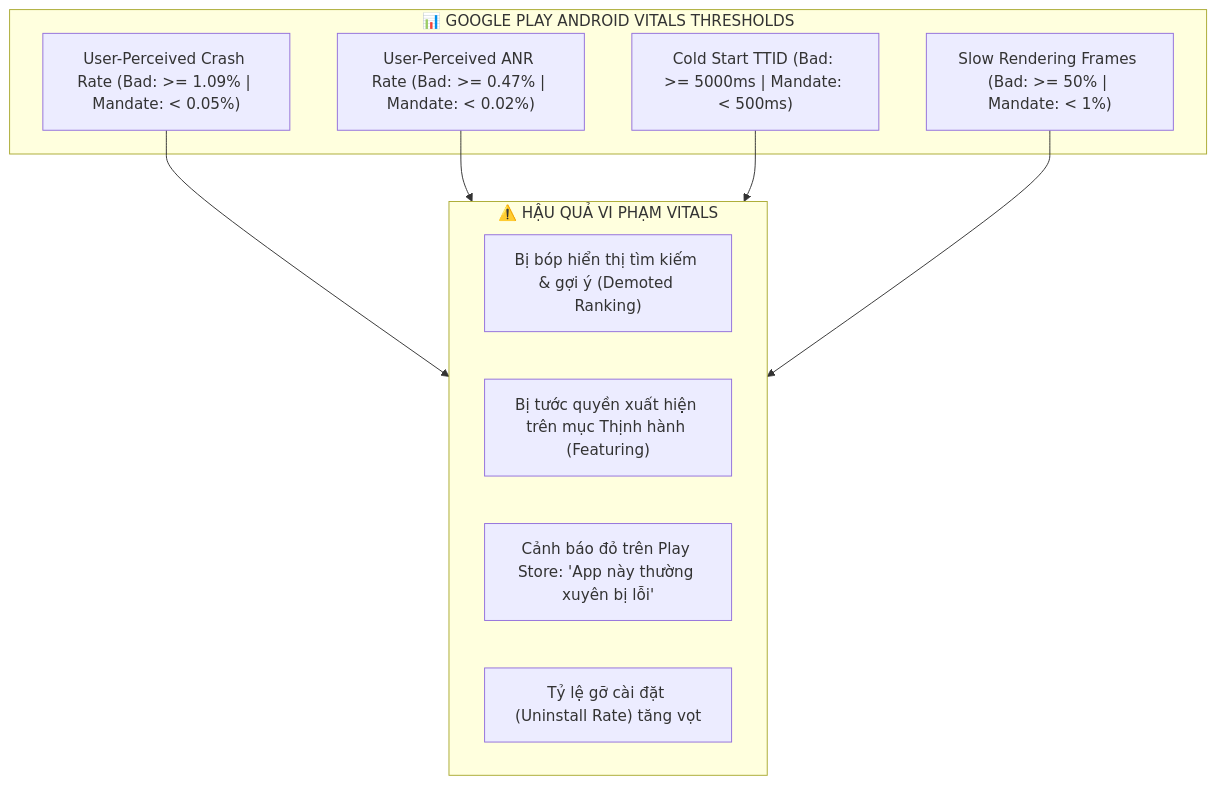
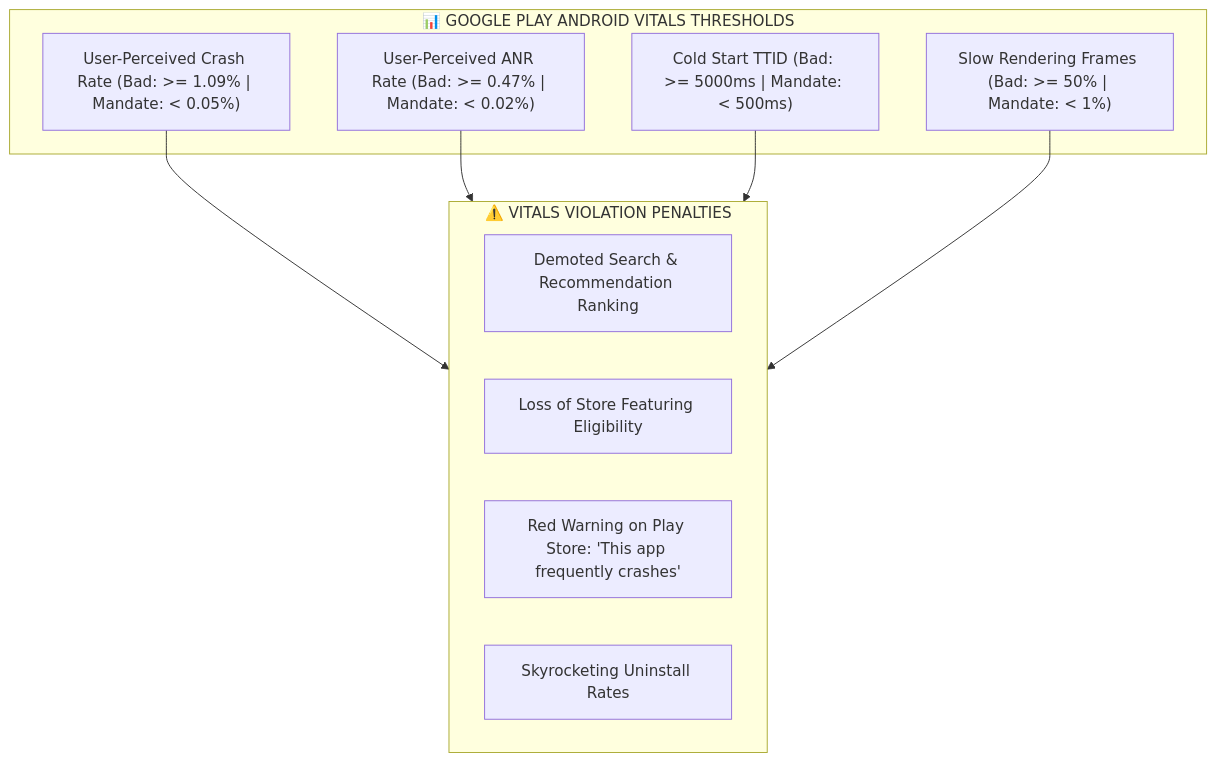
Before and after one commit to vinhvox/Anti-Vibe-Coding-Android-Engine: the first of 2 diagrams in skills/app-quality-vitals.md, drawn with Mermaid. The commit also changed other lines of this file and 29 other files, not shown here.

````diff
--- a/skills/app-quality-vitals.md
+++ b/skills/app-quality-vitals.md
@@ -11,21 +11,21 @@
 ```mermaid
 graph TD
     subgraph VITALS_THRESHOLDS["📊 GOOGLE PLAY ANDROID VITALS THRESHOLDS"]
         C["User-Perceived Crash Rate (Bad: >= 1.09% | Mandate: < 0.05%)"]
         A["User-Perceived ANR Rate (Bad: >= 0.47% | Mandate: < 0.02%)"]
         S["Cold Start TTID (Bad: >= 5000ms | Mandate: < 500ms)"]
         J["Slow Rendering Frames (Bad: >= 50% | Mandate: < 1%)"]
     end
 
-    subgraph PENALTIES["⚠️ HẬU QUẢ VI PHẠM VITALS"]
-        P1["Bị bóp hiển thị tìm kiếm & gợi ý (Demoted Ranking)"]
-        P2["Bị tước quyền xuất hiện trên mục Thịnh hành (Featuring)"]
-        P3["Cảnh báo đỏ trên Play Store: 'App này thường xuyên bị lỗi'"]
-        P4["Tỷ lệ gỡ cài đặt (Uninstall Rate) tăng vọt"]
+    subgraph PENALTIES["⚠️ VITALS VIOLATION PENALTIES"]
+        P1["Demoted Search & Recommendation Ranking"]
+        P2["Loss of Store Featuring Eligibility"]
+        P3["Red Warning on Play Store: 'This app frequently crashes'"]
+        P4["Skyrocketing Uninstall Rates"]
     end
 
     C --> PENALTIES
     A --> PENALTIES
     S --> PENALTIES
     J --> PENALTIES
 ```
````
